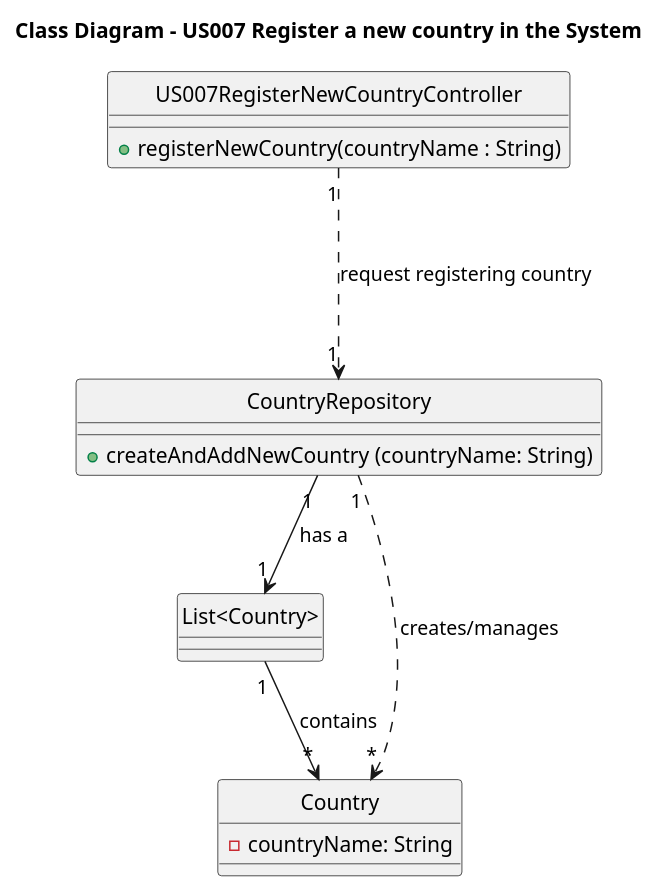
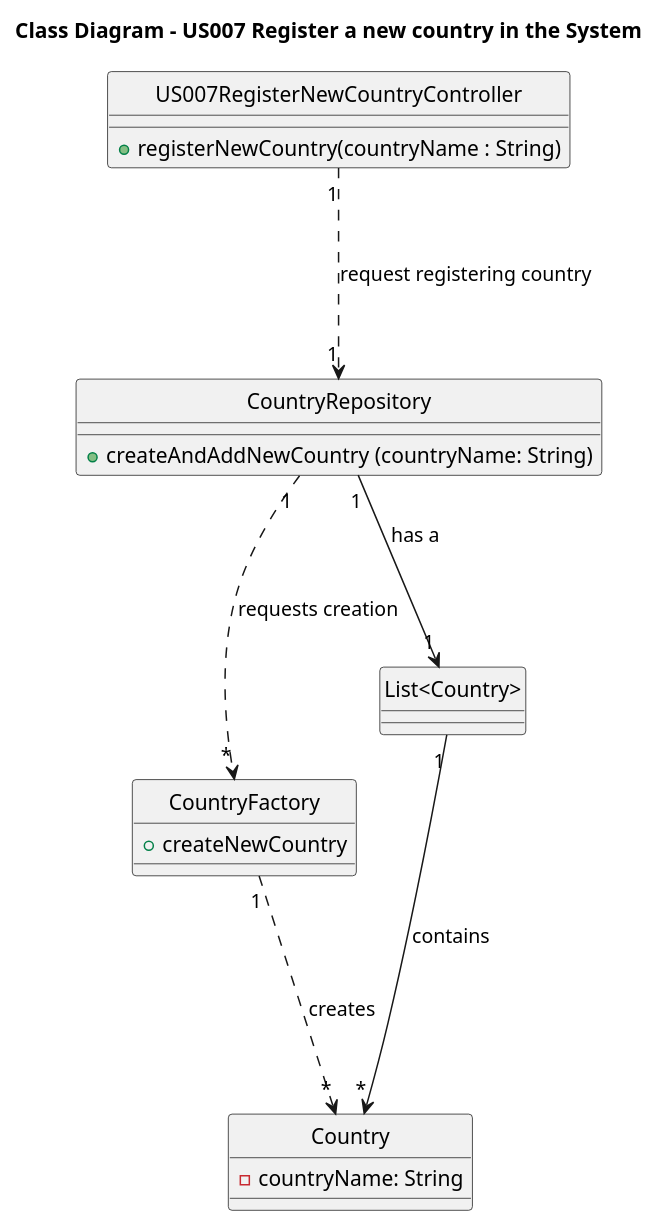
The diagram in Diagrams/ClassDiagrams/US007-to-register-a-new-country-in-the-system.puml (AndrePereiraGitH/SWitCH-Project-Team_A), drawn with PlantUML before and after one commit. The commit also changed 43 other files, not shown here.

Commit message:
Working on #298, creation of CountryFactory and adapting Dependency Tests

```diff
--- a/Diagrams/ClassDiagrams/US007-to-register-a-new-country-in-the-system.puml
+++ b/Diagrams/ClassDiagrams/US007-to-register-a-new-country-in-the-system.puml
@@ -1,34 +1,39 @@
 @startuml
 
 title Class Diagram - US007 Register a new country in the System
 hide circle
 
 /'class User {
 -username: String
   -contact: Contact
   -profile: Profile
   +User(username: String, contact: Contact, profile: Profile)
 }
 '/
 
 class CountryRepository {
     +createAndAddNewCountry (countryName: String)
     }
 
+class CountryFactory {
+    +createNewCountry
+}
+
 class US007RegisterNewCountryController{
   + registerNewCountry(countryName : String)
 }
 
 class "List<Country>" {
 }
 
 class Country {
 -countryName: String
 }
 
 ' Interactions
 US007RegisterNewCountryController "1" .--> "1" CountryRepository : request registering country
 CountryRepository "1" --> "1" "List<Country>" : has a
 "List<Country>" "1" --> "*" Country : contains
-CountryRepository "1" .--> "*" Country : creates/manages
+CountryRepository "1" .--> "*" CountryFactory : requests creation
+CountryFactory "1" .--> "*" Country : creates
 @enduml
```
